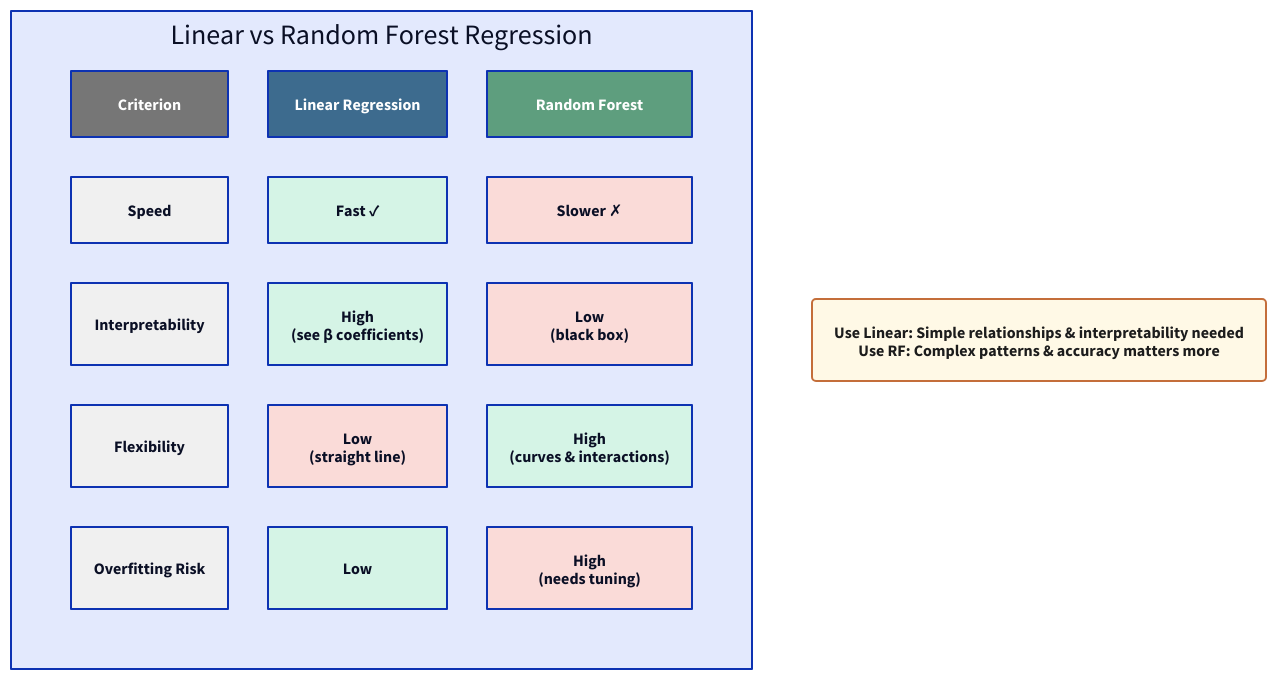
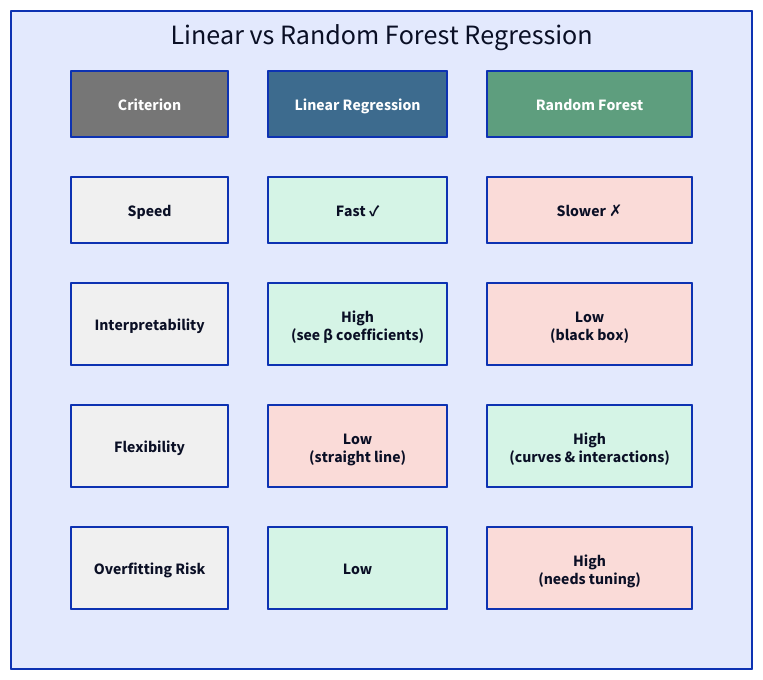
The diagram in slides/figures/d2/model-comparison.d2 (dannycab/MSU_REU_ML_course), drawn with D2 before and after one commit. The commit also changed 36 other files, not shown here.

```diff
--- a/slides/figures/d2/model-comparison.d2
+++ b/slides/figures/d2/model-comparison.d2
@@ -1,73 +1,64 @@
 # Model Comparison: Linear Regression vs Random Forest
 
 direction: down
 
 grid: "Linear vs Random Forest Regression" {
   grid-rows: 5
   grid-columns: 3
 
   h1: "Criterion" {
     style.fill: "#767676"
     style.font-color: white
     style.bold: true
   }
   h2: "Linear Regression" {
     style.fill: "#3D6B8E"
     style.font-color: white
     style.bold: true
   }
   h3: "Random Forest" {
     style.fill: "#5E9E7E"
     style.font-color: white
     style.bold: true
   }
 
   c1: "Speed" {
     style.fill: "#f0f0f0"
   }
   s1: "Fast ✓" {
     style.fill: "#d5f4e6"
   }
   s2: "Slower ✗" {
     style.fill: "#fadbd8"
   }
 
   c2: "Interpretability" {
     style.fill: "#f0f0f0"
   }
   i1: "High\n(see β coefficients)" {
     style.fill: "#d5f4e6"
   }
   i2: "Low\n(black box)" {
     style.fill: "#fadbd8"
   }
 
   c3: "Flexibility" {
     style.fill: "#f0f0f0"
   }
   f1: "Low\n(straight line)" {
     style.fill: "#fadbd8"
   }
   f2: "High\n(curves & interactions)" {
     style.fill: "#d5f4e6"
   }
 
   c4: "Overfitting Risk" {
     style.fill: "#f0f0f0"
   }
   o1: "Low" {
     style.fill: "#d5f4e6"
   }
   o2: "High\n(needs tuning)" {
     style.fill: "#fadbd8"
   }
 }
-
-# Recommendation box
-rec: "Use Linear: Simple relationships & interpretability needed\nUse RF: Complex patterns & accuracy matters more" {
-  style.fill: "#fff9e6"
-  style.stroke: "#C46E3A"
-  style.font-color: "#1C1C1C"
-  style.border-radius: 4
-  style.stroke-width: 2
-}
```
